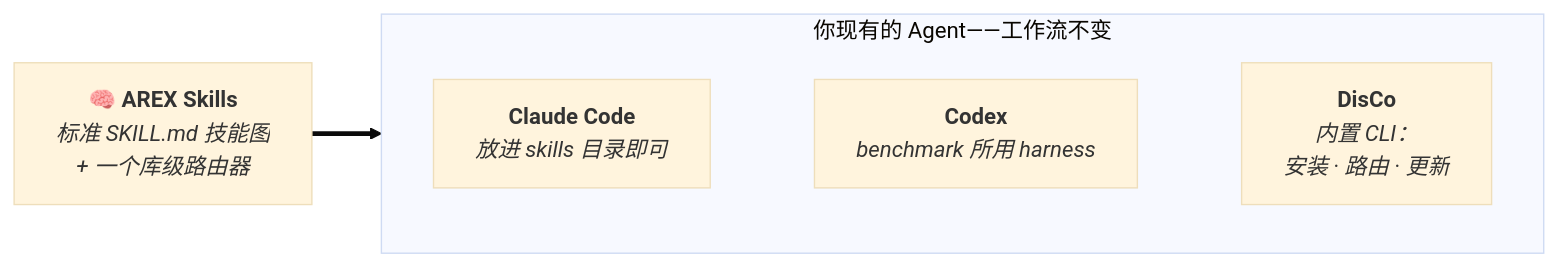
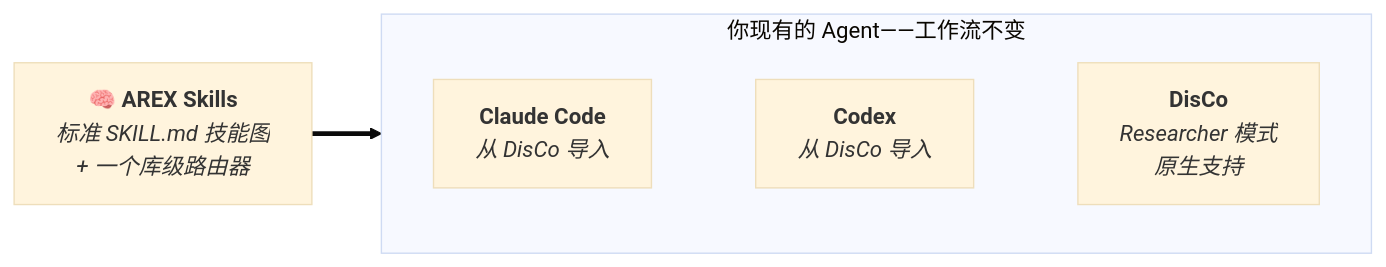
Before and after one commit to VectorSpaceLab/AREX-Skill: the fourth of 5 diagrams in README.zh-CN.md, drawn with Mermaid (base theme). The commit also changed other lines of this file and 17 other files, not shown here.

````diff
--- a/README.zh-CN.md
+++ b/README.zh-CN.md
@@ -200,8 +372,12 @@
 ```mermaid
+---
+config:
+  fontSize: 18
+---
 flowchart LR
     S["🧠 <b>AREX Skills</b><br><i>标准 SKILL.md 技能图<br>+ 一个库级路由器</i>"] ==> G
     subgraph G["你现有的 Agent——工作流不变"]
         direction LR
-        A["<b>Claude Code</b><br><i>放进 skills 目录即可</i>"] ~~~ B["<b>Codex</b><br><i>benchmark 所用 harness</i>"] ~~~ C["<b>DisCo</b><br><i>内置 CLI：<br>安装 · 路由 · 更新</i>"]
+        A["<b>Claude Code</b><br><i>从 DisCo 导入</i>"] ~~~ B["<b>Codex</b><br><i>从 DisCo 导入</i>"] ~~~ C["<b>DisCo</b><br><i>Researcher 模式<br>原生支持</i>"]
     end
 ```
````
